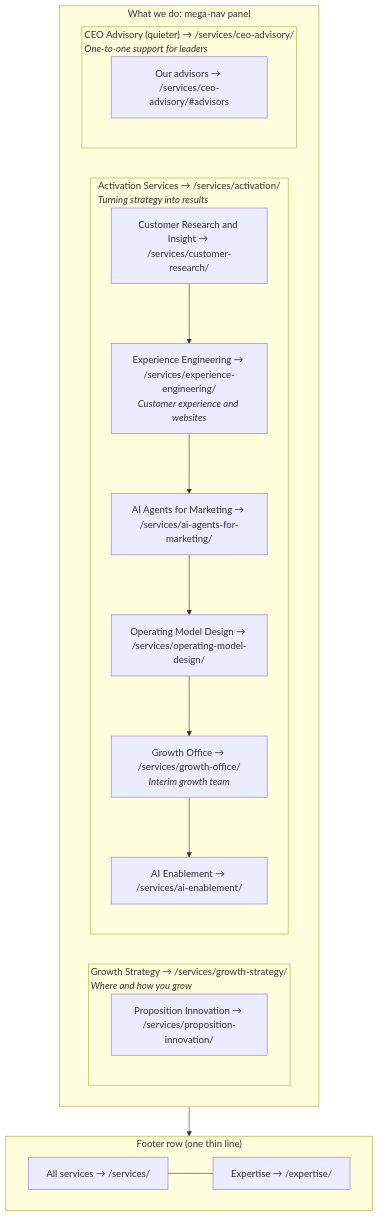
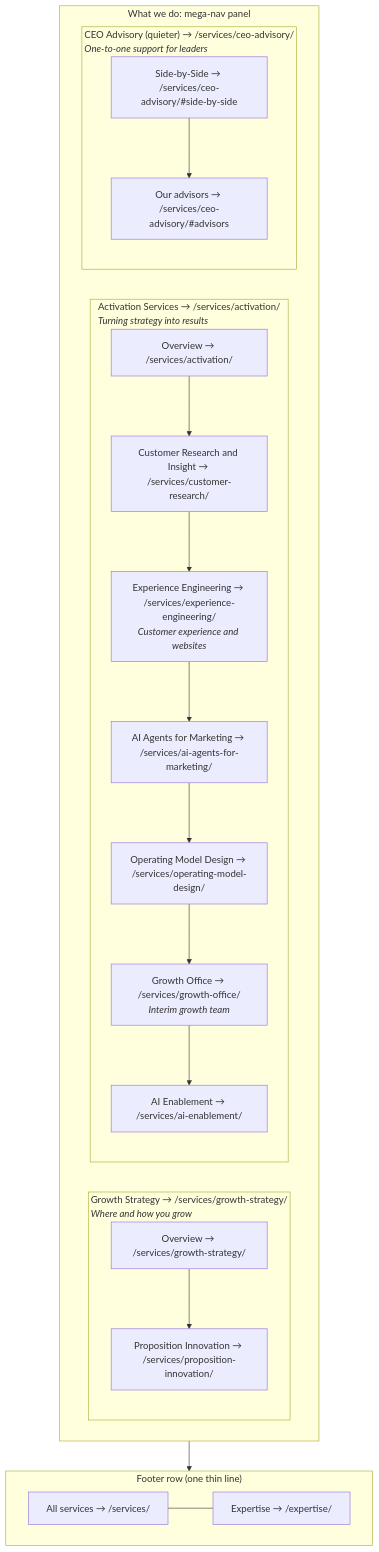
One commit to gsdd/temp-manifesto-ia changed the second of 6 diagrams in docs/diagrams/mega-nav.md. Above: the diagram before and after it, drawn with Mermaid. The commit also changed other lines of this file and 58 other files, not shown here.

````diff
--- a/docs/diagrams/mega-nav.md
+++ b/docs/diagrams/mega-nav.md
@@ -22,36 +22,41 @@
 ```mermaid
 flowchart TB
     subgraph Panel["What we do: mega-nav panel"]
         direction LR
 
         subgraph C1["Growth Strategy → /services/growth-strategy/<br/><i>Where and how you grow</i>"]
             direction TB
+            C1o["Overview → /services/growth-strategy/"]
             C1a["Proposition Innovation → /services/proposition-innovation/"]
+            C1o --> C1a
         end
 
         subgraph C2["Activation Services → /services/activation/<br/><i>Turning strategy into results</i>"]
             direction TB
+            C2o["Overview → /services/activation/"]
             C2a["Customer Research and Insight → /services/customer-research/"]
             C2b["Experience Engineering → /services/experience-engineering/<br/><i>Customer experience and websites</i>"]
             C2c["AI Agents for Marketing → /services/ai-agents-for-marketing/"]
             C2d["Operating Model Design → /services/operating-model-design/"]
             C2e["Growth Office → /services/growth-office/<br/><i>Interim growth team</i>"]
             C2f["AI Enablement → /services/ai-enablement/"]
-            C2a --> C2b --> C2c --> C2d --> C2e --> C2f
+            C2o --> C2a --> C2b --> C2c --> C2d --> C2e --> C2f
         end
 
         subgraph C3["CEO Advisory (quieter) → /services/ceo-advisory/<br/><i>One-to-one support for leaders</i>"]
             direction TB
-            C3a["Our advisors → /services/ceo-advisory/#advisors"]
+            C3a["Side-by-Side → /services/ceo-advisory/#side-by-side"]
+            C3b["Our advisors → /services/ceo-advisory/#advisors"]
+            C3a --> C3b
         end
     end
 
     subgraph Row["Footer row (one thin line)"]
         direction LR
         R1["All services → /services/"]
         R2["Expertise → /expertise/"]
         R1 --- R2
     end
 
     Panel --> Row
 ```
````
